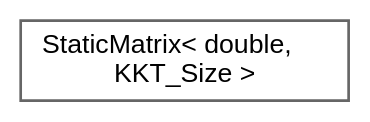
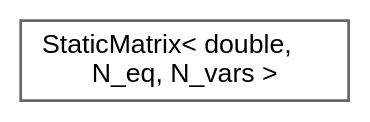
The diagram in inherit_graph_86.dot (jswoo0615/Algorithms_for_Optimization_cpp), drawn with Graphviz before and after one commit. The commit also changed 121 other files, not shown here.

```diff
--- a/inherit_graph_86.dot
+++ b/inherit_graph_86.dot
@@ -1,9 +1,9 @@
 digraph "Graphical Class Hierarchy"
 {
  // LATEX_PDF_SIZE
   bgcolor="transparent";
   edge [fontname=Helvetica,fontsize=10,labelfontname=Helvetica,labelfontsize=10];
   node [fontname=Helvetica,fontsize=10,shape=box,height=0.2,width=0.4];
   rankdir="LR";
-  Node0 [id="Node000000",label="StaticMatrix\< double,\l KKT_Size \>",height=0.2,width=0.4,color="grey40", fillcolor="white", style="filled",URL="$classStaticMatrix.html",tooltip=" "];
+  Node0 [id="Node000000",label="StaticMatrix\< double,\l N_eq, N_vars \>",height=0.2,width=0.4,color="grey40", fillcolor="white", style="filled",URL="$classStaticMatrix.html",tooltip=" "];
 }
```
